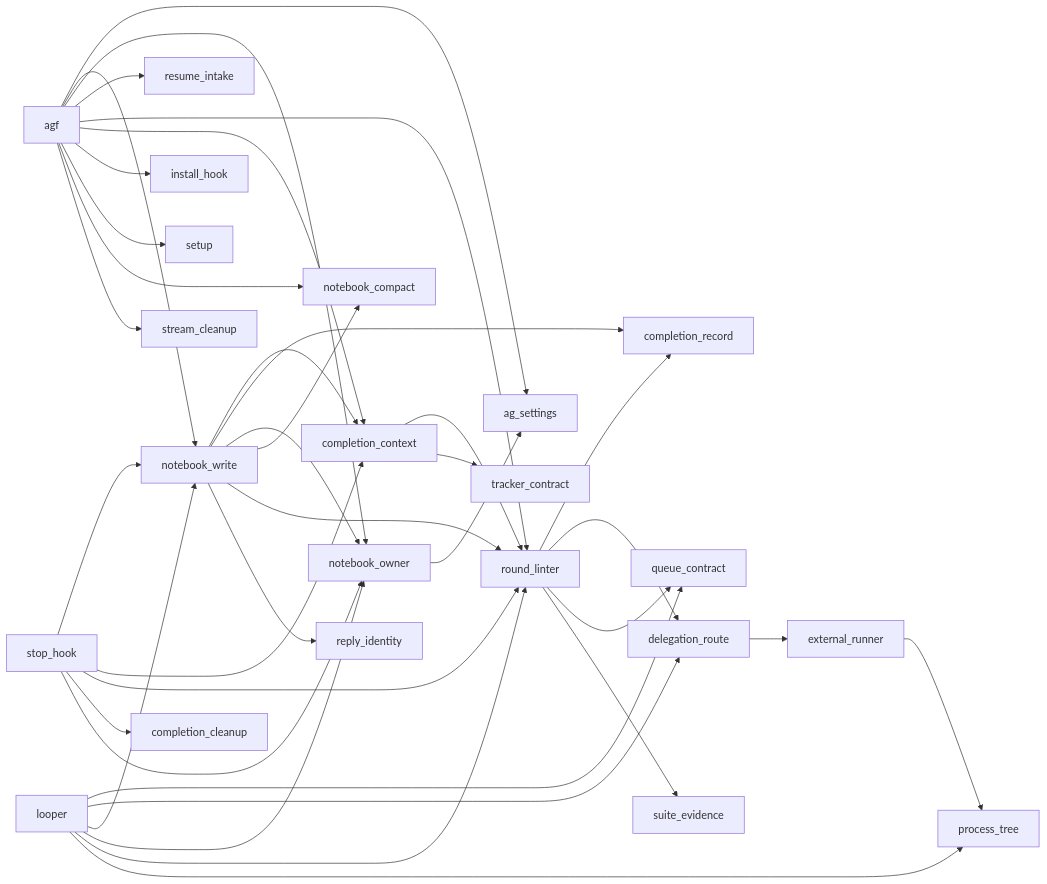
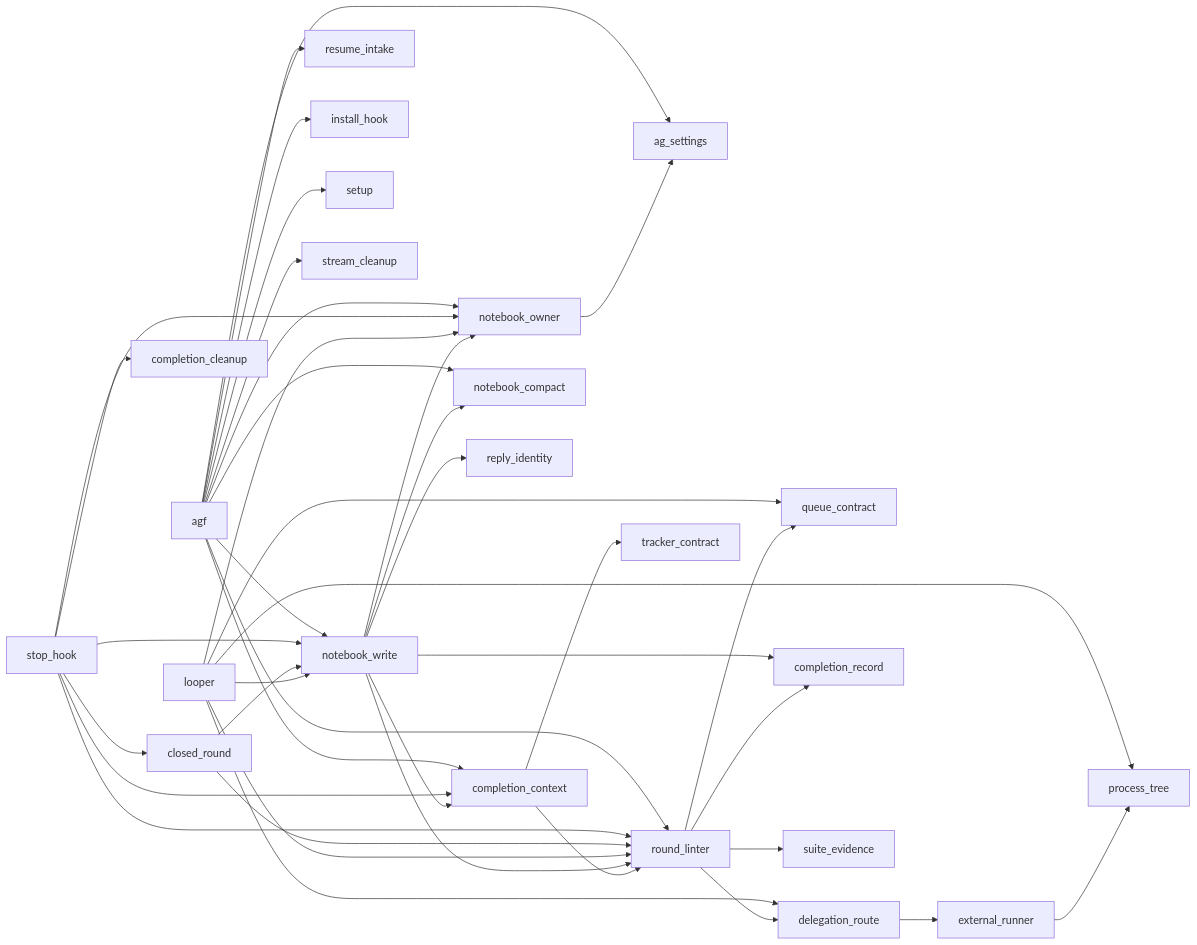
Before and after one commit to ritalee-dino/agentflow: the second of 2 diagrams in docs/agent/ARCHITECTURE.md, drawn with Mermaid. The commit also changed other lines of this file and 6 other files, not shown here.

````diff
--- a/docs/agent/ARCHITECTURE.md
+++ b/docs/agent/ARCHITECTURE.md
@@ -77,11 +78,12 @@
 ```mermaid
 flowchart LR
     agf --> ag_settings & notebook_write & notebook_owner & resume_intake & round_linter & completion_context & install_hook & setup & notebook_compact & stream_cleanup
-    stop_hook --> notebook_write & completion_context & round_linter & completion_cleanup & notebook_owner
+    stop_hook --> notebook_write & completion_context & round_linter & completion_cleanup & notebook_owner & closed_round
+    closed_round --> round_linter & notebook_write
     looper --> queue_contract & delegation_route & notebook_write & notebook_owner & round_linter & process_tree
     notebook_write --> completion_context & completion_record & notebook_owner & notebook_compact & round_linter & reply_identity
     completion_context --> round_linter & tracker_contract
     round_linter --> completion_record & delegation_route & queue_contract & suite_evidence
     delegation_route --> external_runner --> process_tree
     notebook_owner --> ag_settings
 ```
````
